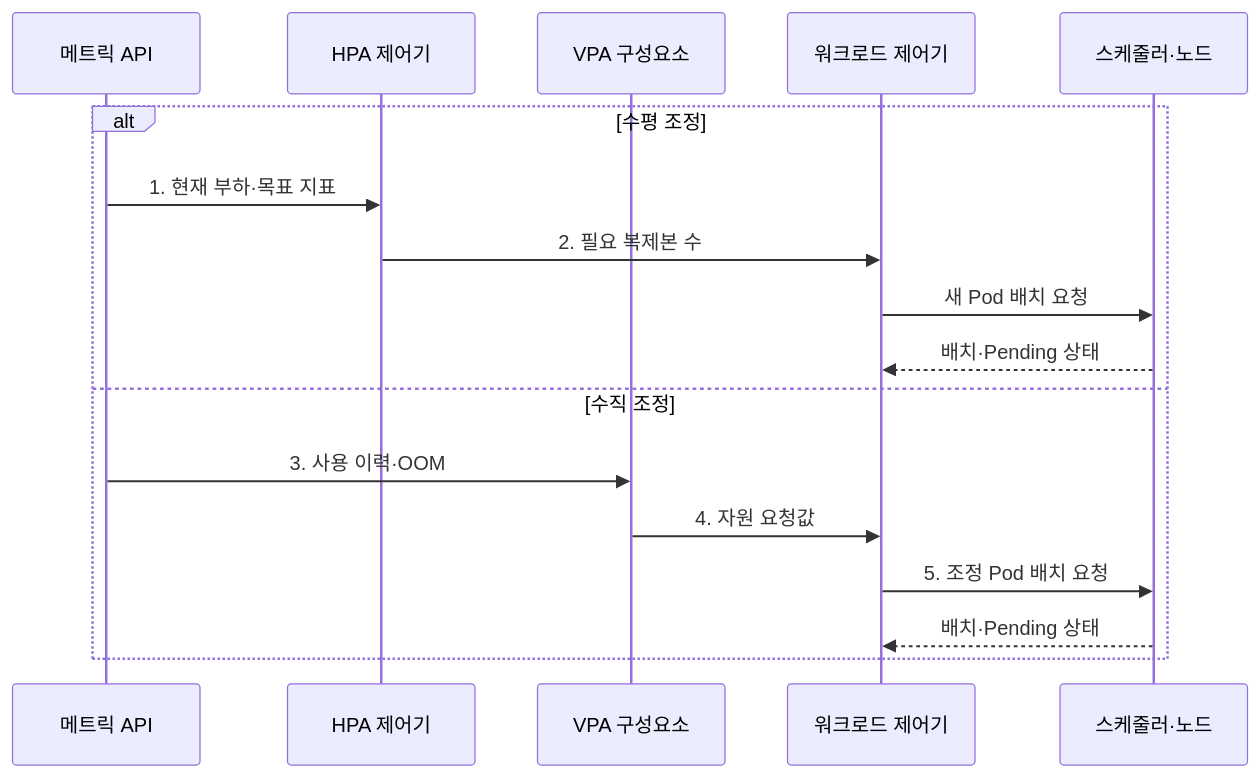
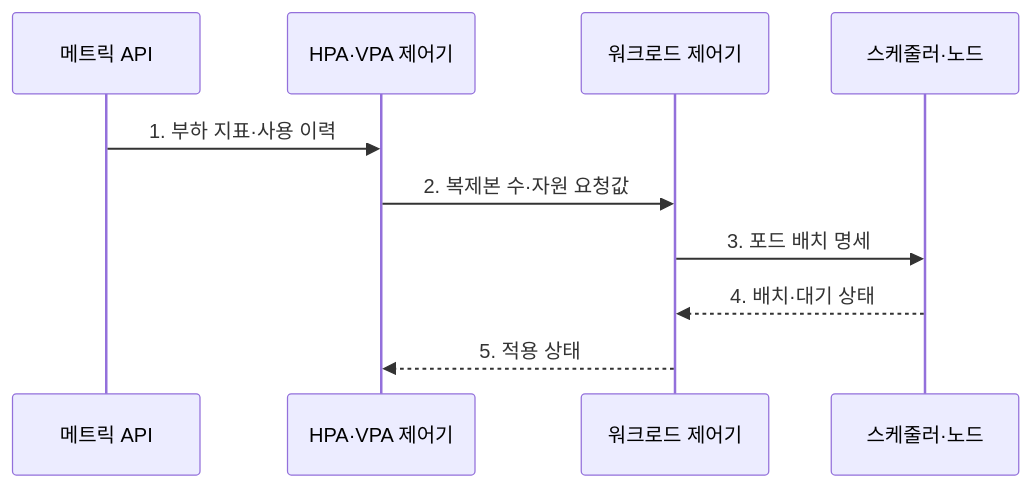
The second of 2 diagrams in src/content/docs/notes/03-software/149_auto_scaling_hpa_vpa.md (agnusdei1207/knowledge-base), drawn with Mermaid before and after one commit. The commit also changed other lines of this file and 20 other files, not shown here.

````diff
--- a/src/content/docs/notes/03-software/149_auto_scaling_hpa_vpa.md
+++ b/src/content/docs/notes/03-software/149_auto_scaling_hpa_vpa.md
@@ -86,19 +89,12 @@
 ```mermaid
 sequenceDiagram
     participant M as 메트릭 API
-    participant H as HPA 제어기
-    participant V as VPA 구성요소
+    participant A as HPA·VPA 제어기
     participant W as 워크로드 제어기
     participant S as 스케줄러·노드
-    alt 수평 조정
-        M->>H: 1. 현재 부하·목표 지표
-        H->>W: 2. 필요 복제본 수
-        W->>S: 새 Pod 배치 요청
-        S-->>W: 배치·Pending 상태
-    else 수직 조정
-        M->>V: 3. 사용 이력·OOM
-        V->>W: 4. 자원 요청값
-        W->>S: 5. 조정 Pod 배치 요청
-        S-->>W: 배치·Pending 상태
-    end
+    M->>A: 1. 부하 지표·사용 이력
+    A->>W: 2. 복제본 수·자원 요청값
+    W->>S: 3. 포드 배치 명세
+    S-->>W: 4. 배치·대기 상태
+    W-->>A: 5. 적용 상태
 ```
````
